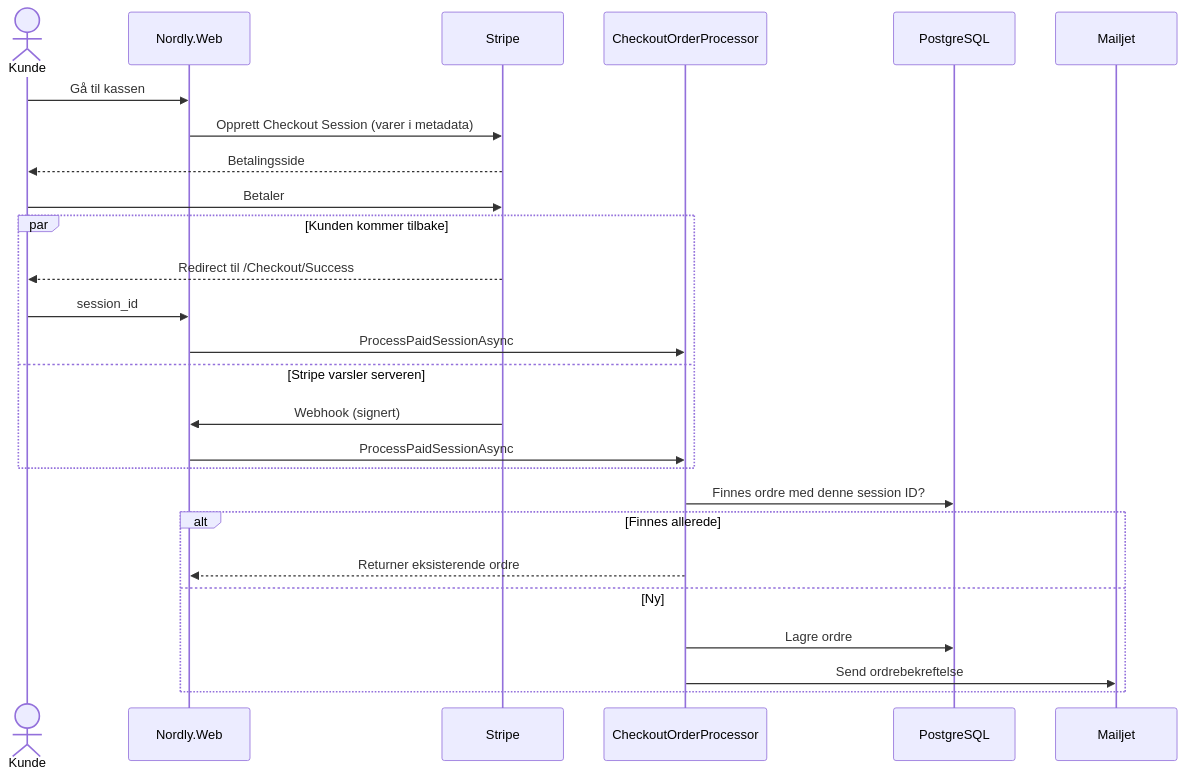
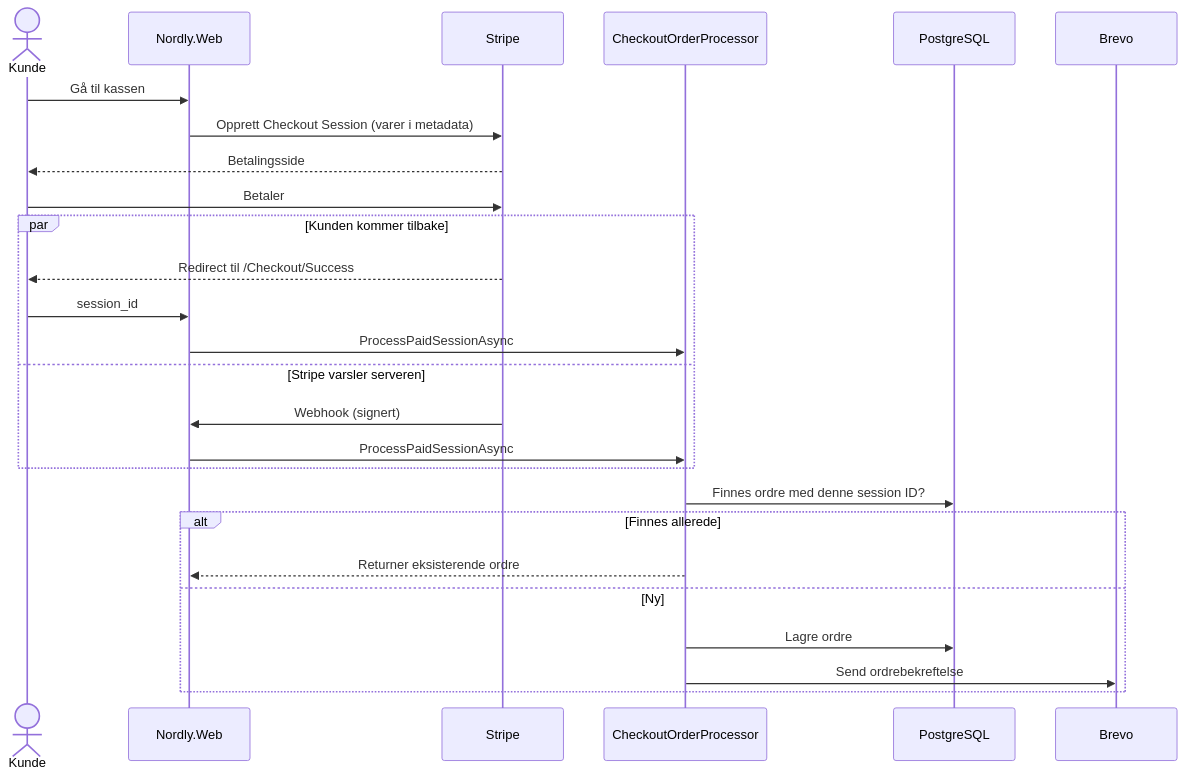
Before and after one commit to Khhashi/Nordly: the third of 4 diagrams in docs/ARCHITECTURE.md, drawn with Mermaid. The commit also changed other lines of this file and 5 other files, not shown here.

````diff
--- a/docs/ARCHITECTURE.md
+++ b/docs/ARCHITECTURE.md
@@ -84,29 +84,29 @@
 ```mermaid
 sequenceDiagram
     actor Kunde
     participant Web as Nordly.Web
     participant Stripe
     participant P as CheckoutOrderProcessor
     participant DB as PostgreSQL
-    participant Mail as Mailjet
+    participant Mail as Brevo
 
     Kunde->>Web: Gå til kassen
     Web->>Stripe: Opprett Checkout Session (varer i metadata)
     Stripe-->>Kunde: Betalingsside
     Kunde->>Stripe: Betaler
     par Kunden kommer tilbake
         Stripe-->>Kunde: Redirect til /Checkout/Success
         Kunde->>Web: session_id
         Web->>P: ProcessPaidSessionAsync
     and Stripe varsler serveren
         Stripe->>Web: Webhook (signert)
         Web->>P: ProcessPaidSessionAsync
     end
     P->>DB: Finnes ordre med denne session ID?
     alt Finnes allerede
         P-->>Web: Returner eksisterende ordre
     else Ny
         P->>DB: Lagre ordre
         P->>Mail: Send ordrebekreftelse
     end
 ```
````
